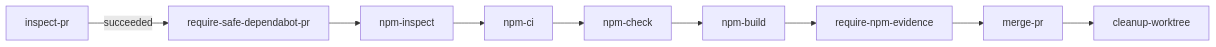
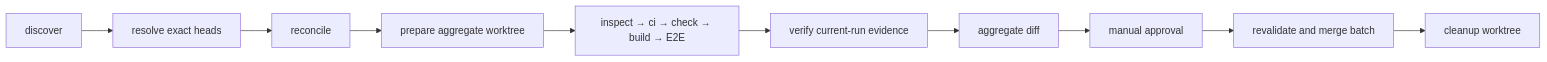
The second of 3 diagrams in SWAMP.md (funsaized/s11a.com), drawn with Mermaid before and after one commit. The commit also changed other lines of this file and 18 other files, not shown here.

Commit message:
feat: automate aggregate Dependabot reviews

````diff
--- a/SWAMP.md
+++ b/SWAMP.md
@@ -352,7 +318,9 @@
 ```mermaid
 flowchart LR
-    A["inspect-pr"] -->|succeeded| B["require-safe-dependabot-pr"]
-    B --> C["npm-inspect"] --> D["npm-ci"] --> E["npm-check"]
-    E --> F["npm-build"] --> G["require-npm-evidence"]
-    G --> H["merge-pr"] --> I["cleanup-worktree"]
+    A["discover"] --> B["resolve exact heads"] --> C["reconcile"]
+    C --> D["prepare aggregate worktree"]
+    D --> E["inspect → ci → check → build → E2E"]
+    E --> F["verify current-run evidence"] --> G["aggregate diff"]
+    G --> H["manual approval"] --> I["revalidate and merge batch"]
+    I --> J["cleanup worktree"]
 ```
````
